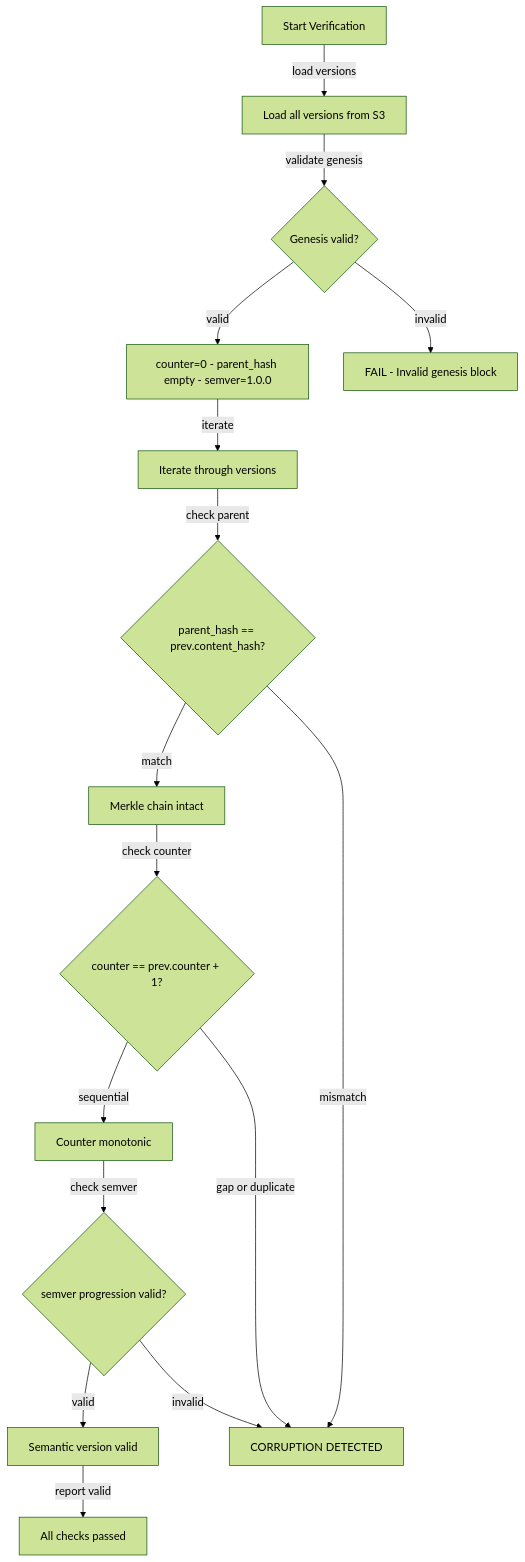
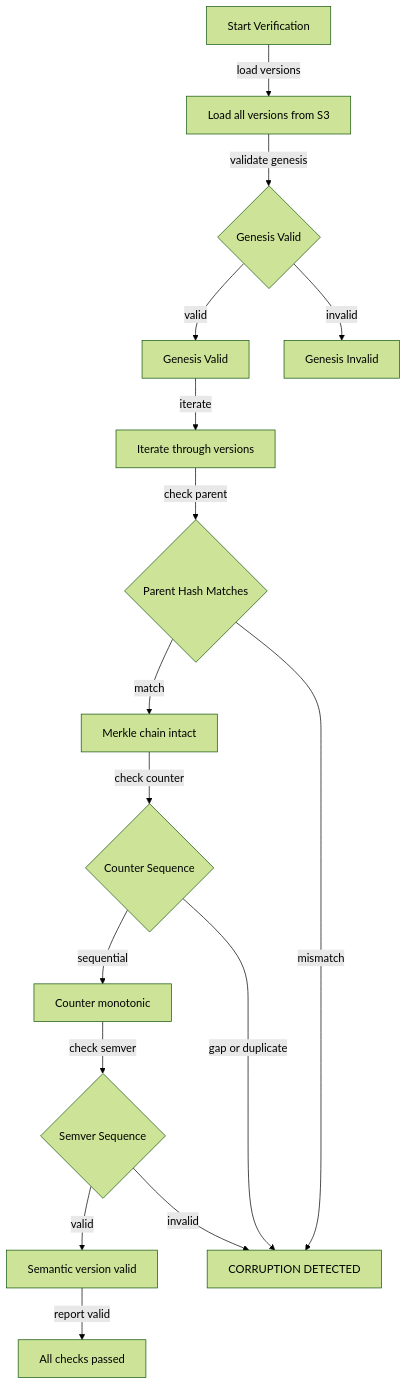
The third of 3 diagrams in documents/engineering/blockchain_storage.md (Tuee22/SpectralMC), drawn with Mermaid (forest theme) before and after one commit. The commit also changed other lines of this file and 68 other files, not shown here.

````diff
--- a/documents/engineering/blockchain_storage.md
+++ b/documents/engineering/blockchain_storage.md
@@ -239,36 +240,36 @@
 ```mermaid
 flowchart TB
   Start[Start Verification]
   LoadVersions[Load all versions from S3]
-  CheckGenesis{Genesis valid?}
-  GenesisOK[counter=0 - parent_hash empty - semver=1.0.0]
-  GenesisFail[FAIL - Invalid genesis block]
+  CheckGenesis{Genesis Valid}
+  GenesisOK[Genesis Valid]
+  GenesisFail[Genesis Invalid]
 
   IterateVersions[Iterate through versions]
-  CheckParentHash{parent_hash == prev.content_hash?}
-  CheckCounter{counter == prev.counter + 1?}
-  CheckSemver{semver progression valid?}
+  CheckParentHash{Parent Hash Matches}
+  CheckCounter{Counter Sequence}
+  CheckSemver{Semver Sequence}
 
   ParentHashOK[Merkle chain intact]
   CounterOK[Counter monotonic]
   SemverOK[Semantic version valid]
 
   AllValid[All checks passed]
   CorruptionFound[CORRUPTION DETECTED]
 
   Start -->|load versions| LoadVersions
   LoadVersions -->|validate genesis| CheckGenesis
   CheckGenesis -->|valid| GenesisOK
   CheckGenesis -->|invalid| GenesisFail
   GenesisOK -->|iterate| IterateVersions
   IterateVersions -->|check parent| CheckParentHash
   CheckParentHash -->|match| ParentHashOK
   CheckParentHash -->|mismatch| CorruptionFound
   ParentHashOK -->|check counter| CheckCounter
   CheckCounter -->|sequential| CounterOK
   CheckCounter -->|gap or duplicate| CorruptionFound
   CounterOK -->|check semver| CheckSemver
   CheckSemver -->|valid| SemverOK
   CheckSemver -->|invalid| CorruptionFound
   SemverOK -->|report valid| AllValid
 ```
````
